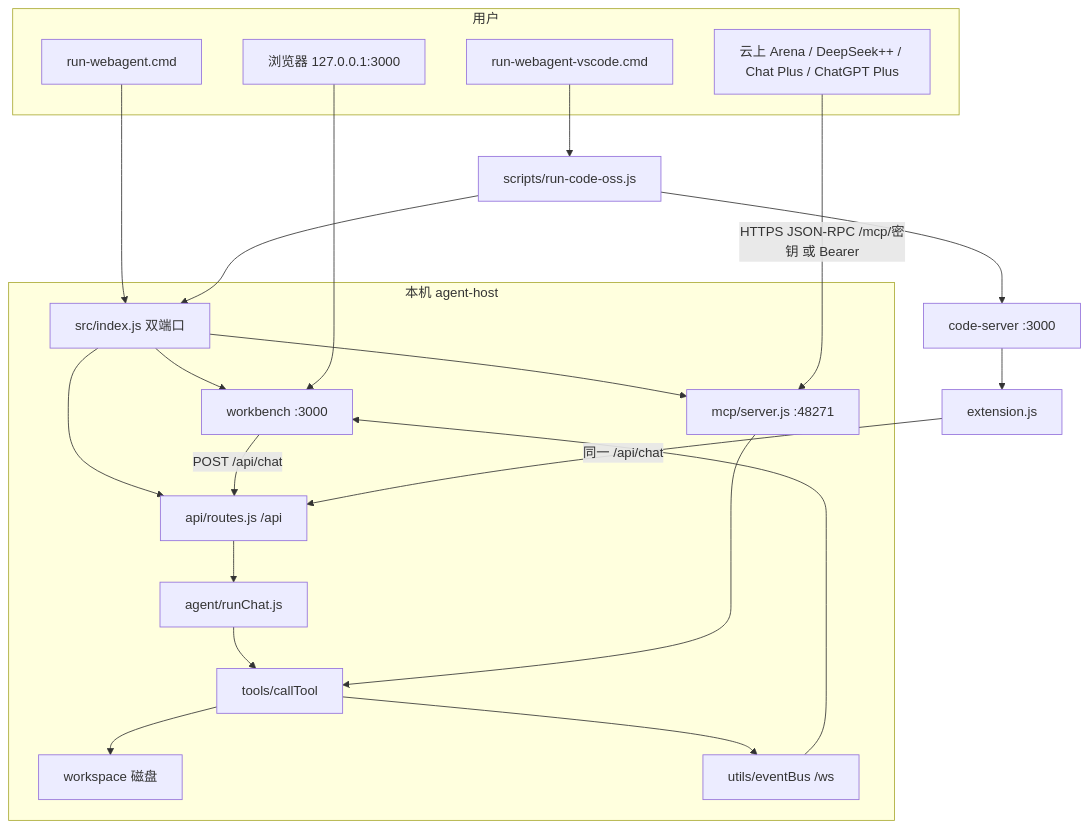
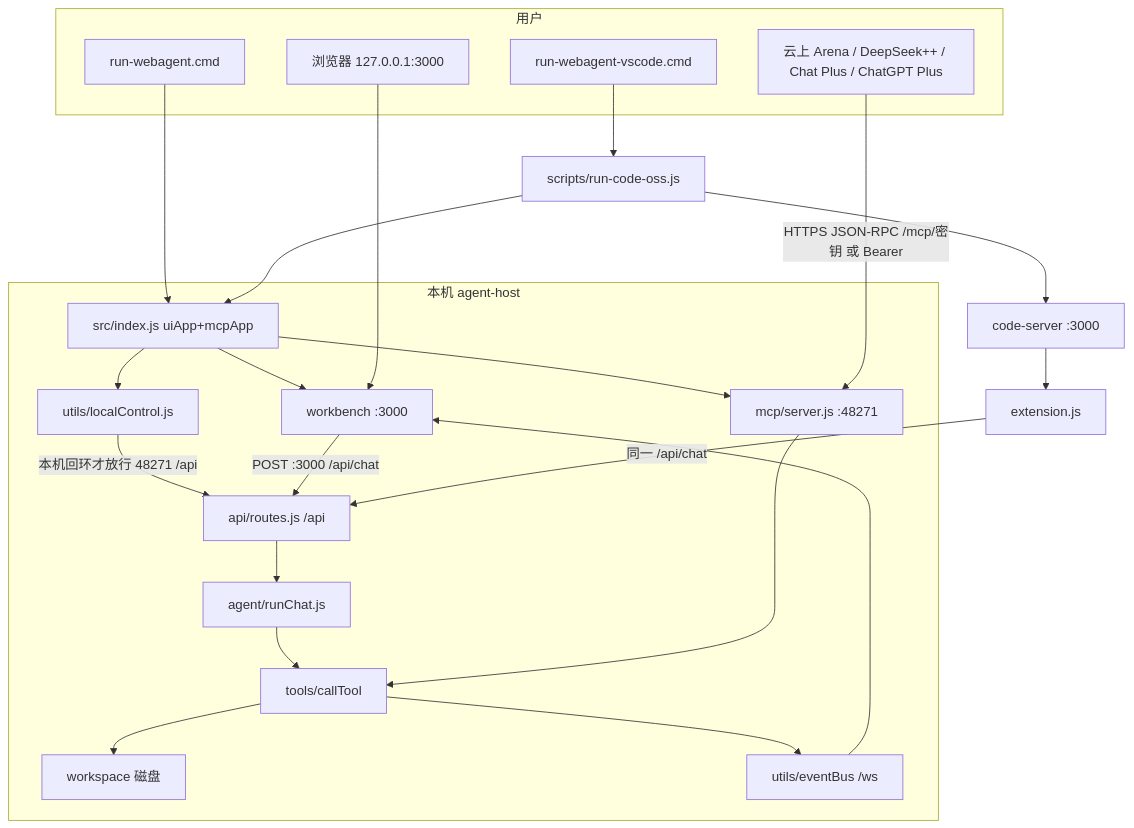
One commit to cccjvav/web_agent changed the diagram in 总览.md. Above: the diagram before and after it, drawn with Mermaid. The commit also changed other lines of this file and 24 other files, not shown here.

First line of the commit message:
fix: keep Chat working and hide tunneled /api

````diff
--- a/总览.md
+++ b/总览.md
@@ -98,39 +99,41 @@
 ```mermaid
 flowchart TB
   subgraph user [用户]
     CMD[run-webagent.cmd]
     Browser[浏览器 127.0.0.1:3000]
     WebAI[云上 Arena / DeepSeek++ / Chat Plus / ChatGPT Plus]
     VscCmd[run-webagent-vscode.cmd]
   end
 
   subgraph host [本机 agent-host]
-    Index[src/index.js 双端口]
+    Index[src/index.js uiApp+mcpApp]
     UI[workbench :3000]
     MCP[mcp/server.js :48271]
+    Gate[utils/localControl.js]
     API[api/routes.js /api]
     Chat[agent/runChat.js]
     Tools[tools/callTool]
     Disk[workspace 磁盘]
     WS[utils/eventBus /ws]
   end
 
   CMD --> Index
   Index --> UI
   Index --> MCP
-  Index --> API
+  Index --> Gate
+  Gate -->|本机回环才放行 48271 /api| API
   Browser --> UI
-  UI -->|POST /api/chat| API
+  UI -->|POST :3000 /api/chat| API
   API --> Chat
   Chat --> Tools
   WebAI -->|HTTPS JSON-RPC /mcp/密钥 或 Bearer| MCP
   MCP --> Tools
   Tools --> Disk
   Tools --> WS
   WS --> UI
   VscCmd --> Scripts[scripts/run-code-oss.js]
   Scripts --> Index
   Scripts --> CS[code-server :3000]
   CS --> Ext[extension.js]
   Ext -->|同一 /api/chat| API
 ```
````
